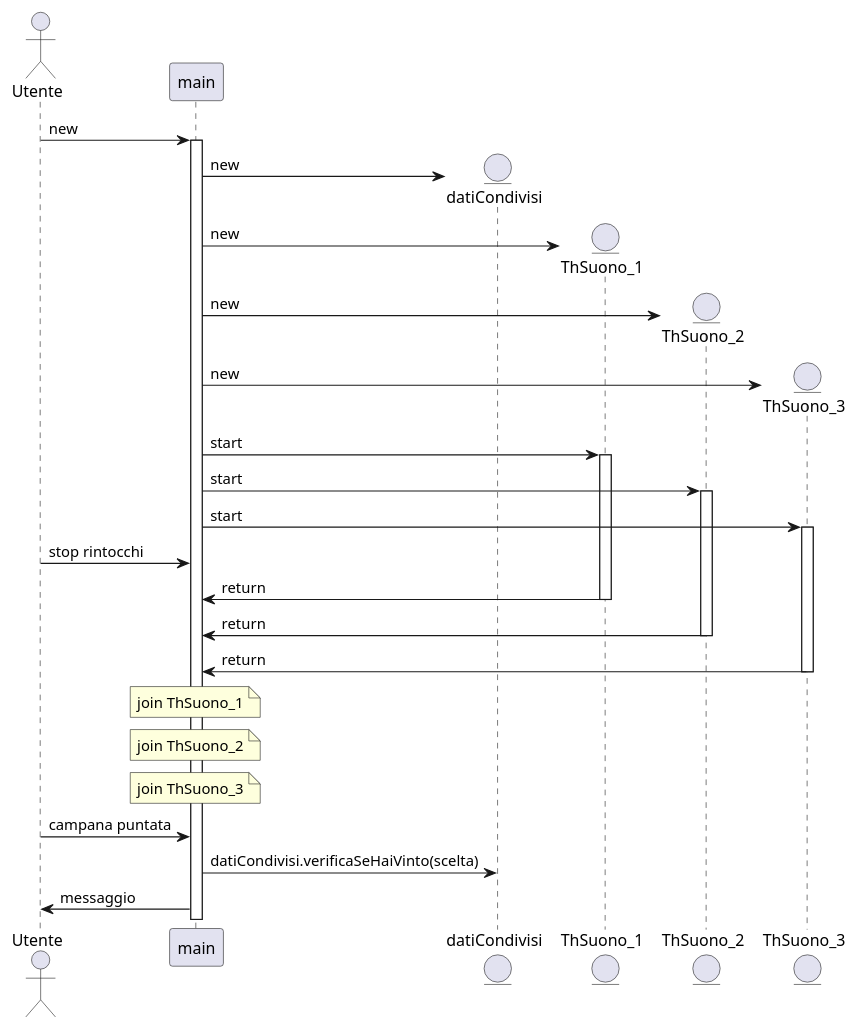
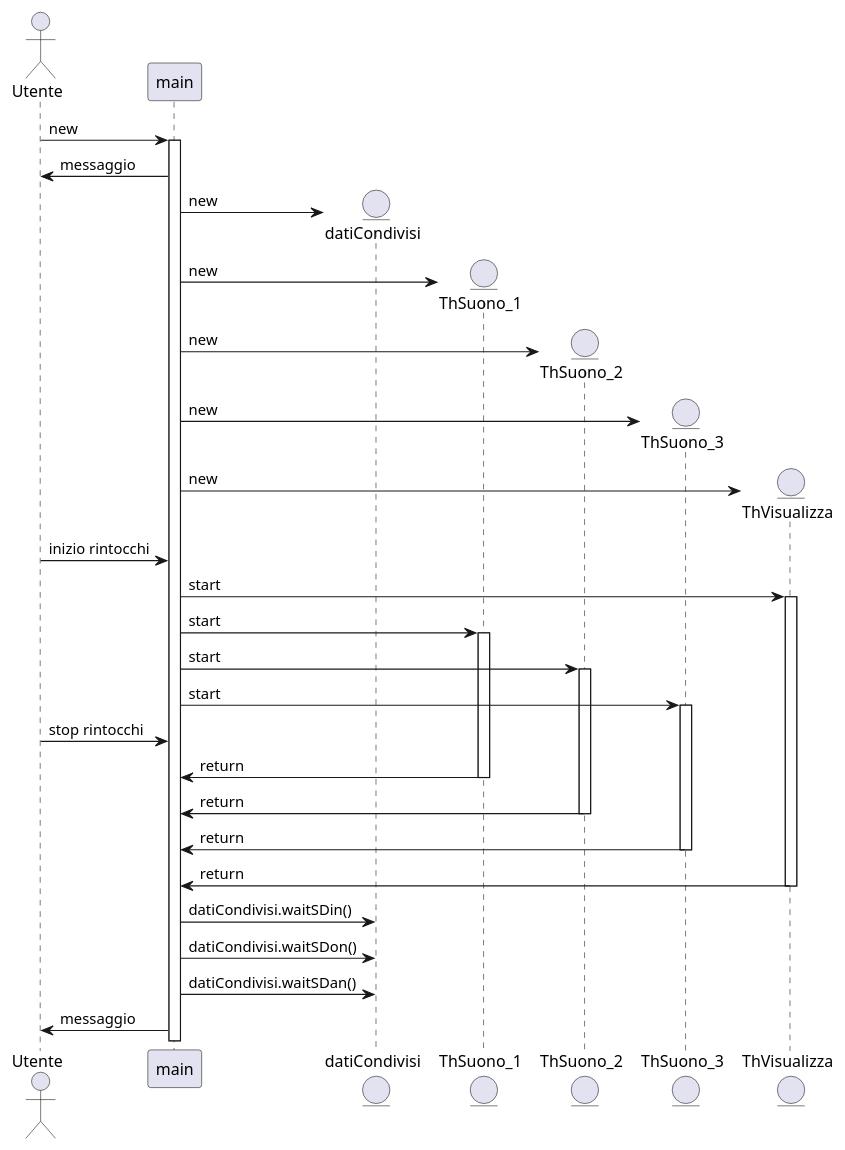
One commit to Francesco-Galimberti/DinDonDan changed the diagram in DinDonDan/src/dindondan/diagrammaSequenza.puml. Above: the diagram before and after it, drawn with PlantUML. The commit also changed 4 other files, not shown here.

Commit message:
Versione 2, Rintocchi Din-Don-Dan, con UML aggiornato

```diff
--- a/DinDonDan/src/dindondan/diagrammaSequenza.puml
+++ b/DinDonDan/src/dindondan/diagrammaSequenza.puml
@@ -1,38 +1,43 @@
 @startuml
 actor Utente
 participant main
 entity datiCondivisi
 entity ThSuono_1
 entity ThSuono_2
 entity ThSuono_3
+entity ThVisualizza
 
 Utente -> main ++ : new
+
+main -> Utente : messaggio 
 
 main -> datiCondivisi ** : new
 main -> ThSuono_1 ** : new
 main -> ThSuono_2 ** : new
 main -> ThSuono_3 ** : new
+main -> ThVisualizza ** : new
 
+Utente -> main : inizio rintocchi
+
+main -> ThVisualizza ++ : start
 main -> ThSuono_1 ++ : start
 main -> ThSuono_2 ++ : start
 main -> ThSuono_3 ++ : start
 
 Utente -> main : stop rintocchi
 
 ThSuono_1 -> main : return
 deactivate ThSuono_1
 ThSuono_2 -> main : return
 deactivate ThSuono_2
 ThSuono_3 -> main : return
 deactivate ThSuono_3
+ThVisualizza -> main : return
+deactivate ThVisualizza
 
-note over main : join ThSuono_1
-note over main : join ThSuono_2
-note over main : join ThSuono_3
-
-Utente -> main : campana puntata
-
-main -> datiCondivisi : datiCondivisi.verificaSeHaiVinto(scelta)
+main -> datiCondivisi : datiCondivisi.waitSDin()
+main -> datiCondivisi : datiCondivisi.waitSDon()
+main -> datiCondivisi : datiCondivisi.waitSDan()
 
 main -> Utente : messaggio
 @enduml
```
